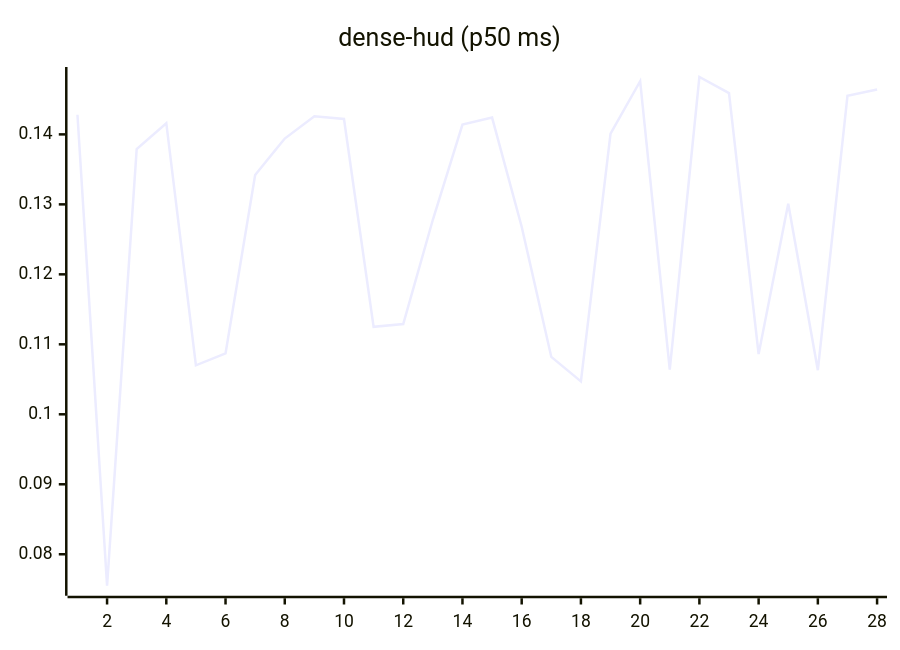
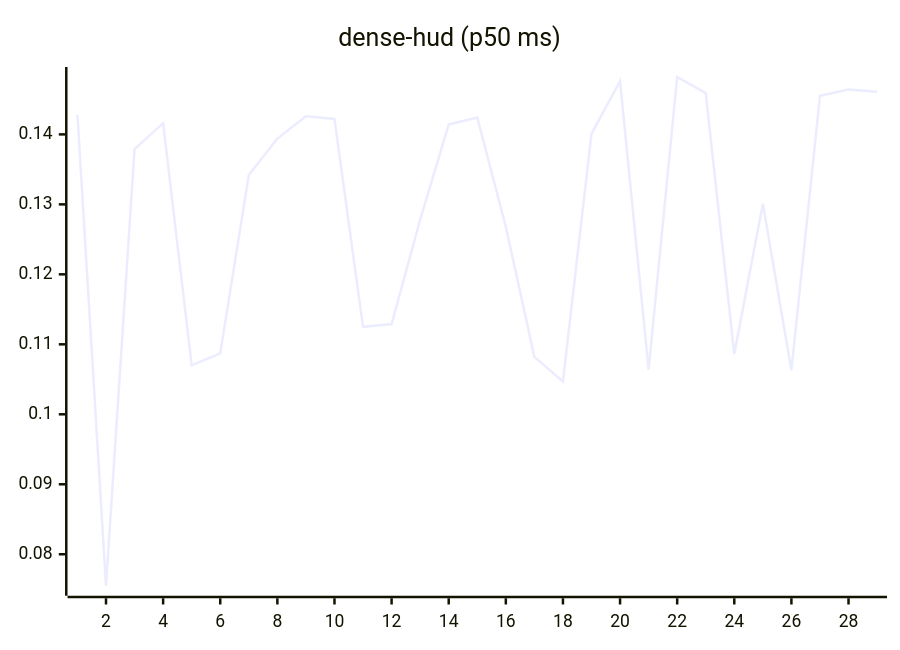
Before and after one commit to josha/Facet: the eighth of 27 diagrams in README.md, drawn with Mermaid. The commit also changed other lines of this file and 2 other files, not shown here.

````diff
--- a/README.md
+++ b/README.md
@@ -112,6 +112,6 @@
 ```mermaid
 xychart-beta
     title "dense-hud (p50 ms)"
-    x-axis 1 --> 28
-    line [0.1428, 0.0755, 0.1379, 0.1416, 0.1070, 0.1087, 0.1342, 0.1394, 0.1426, 0.1422, 0.1125, 0.1129, 0.1278, 0.1414, 0.1424, 0.1268, 0.1082, 0.1047, 0.1401, 0.1476, 0.1064, 0.1482, 0.1459, 0.1086, 0.1301, 0.1063, 0.1455, 0.1464]
+    x-axis 1 --> 29
+    line [0.1428, 0.0755, 0.1379, 0.1416, 0.1070, 0.1087, 0.1342, 0.1394, 0.1426, 0.1422, 0.1125, 0.1129, 0.1278, 0.1414, 0.1424, 0.1268, 0.1082, 0.1047, 0.1401, 0.1476, 0.1064, 0.1482, 0.1459, 0.1086, 0.1301, 0.1063, 0.1455, 0.1464, 0.1461]
 ```
````
